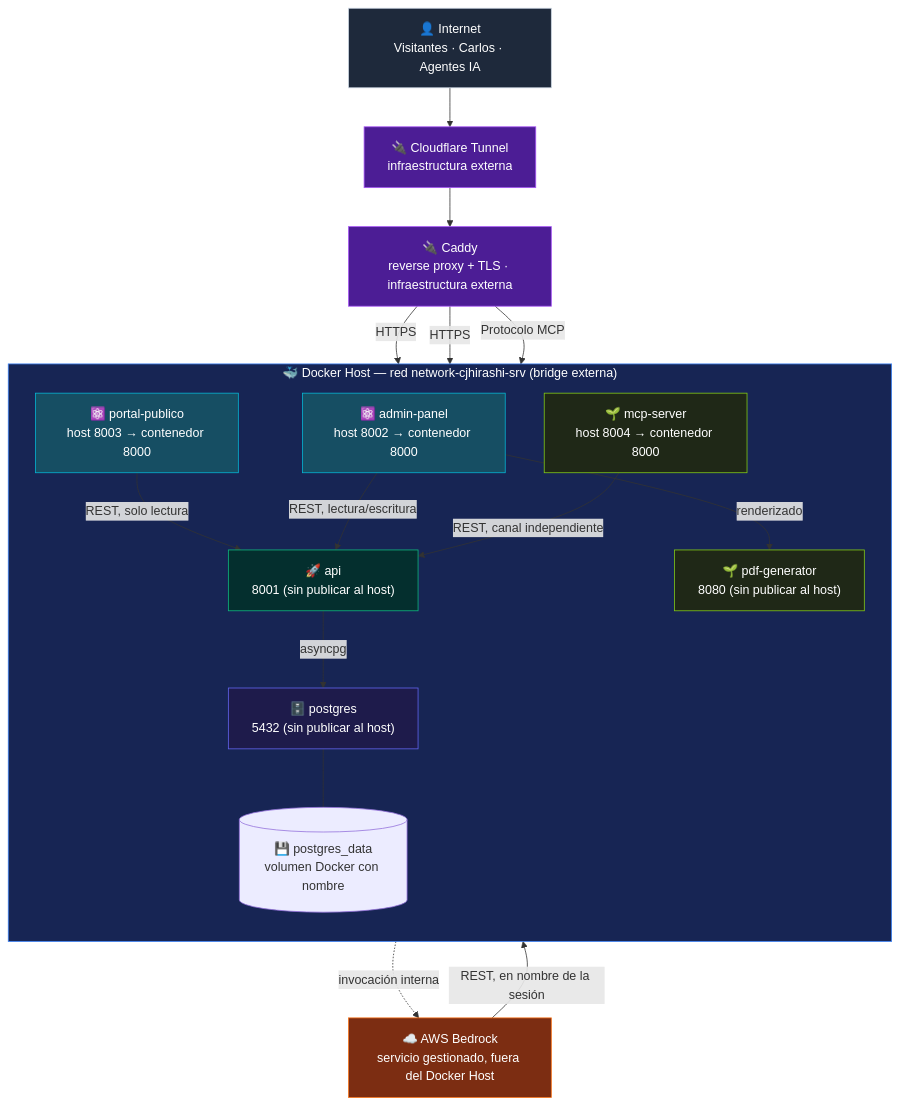
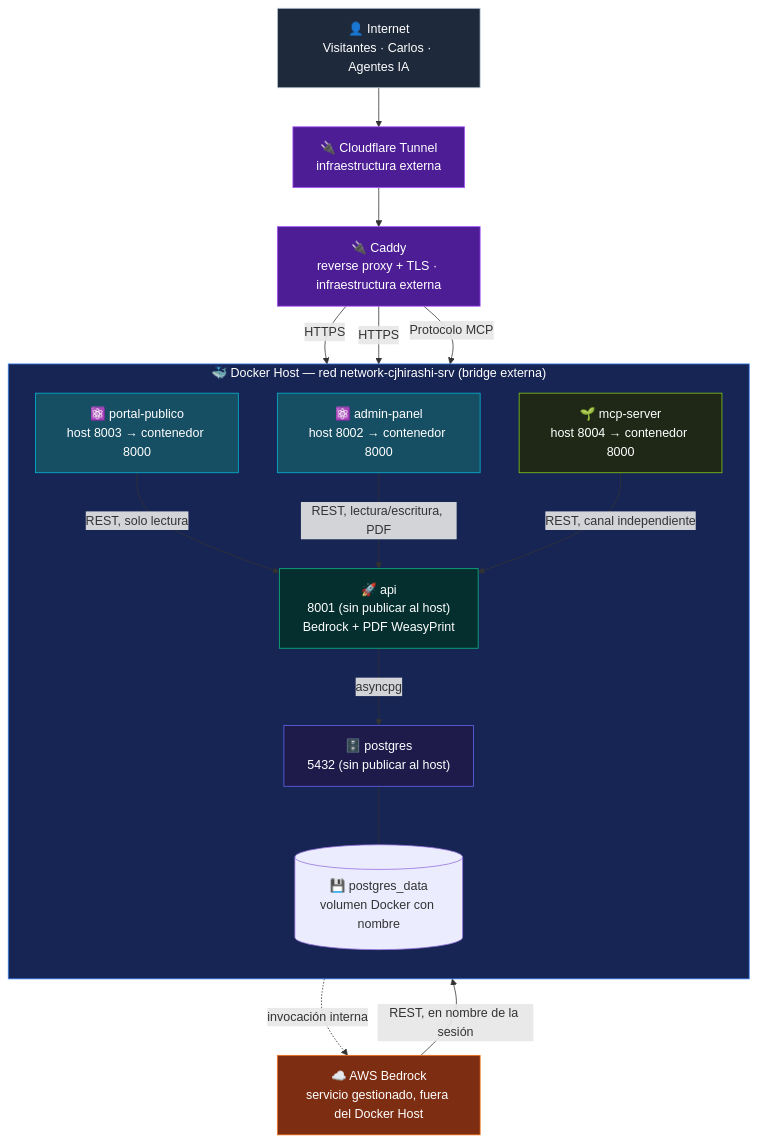
One commit to cjhirashi/cjhirashi-career changed the diagram in docs/07-DEPLOYMENT-VIEW.md. Above: the diagram before and after it, drawn with Mermaid. The commit also changed other lines of this file and 208 other files, not shown here.

````diff
--- a/docs/07-DEPLOYMENT-VIEW.md
+++ b/docs/07-DEPLOYMENT-VIEW.md
@@ -37,51 +37,49 @@
 ```mermaid
 graph TB
     classDef client fill:#1e293b,stroke:#cbd5e1,color:#fff
     classDef thirdparty fill:#4c1d95,stroke:#a855f7,color:#fff
     classDef docker fill:#172554,stroke:#3b82f6,color:#fff
     classDef react fill:#164e63,stroke:#06b6d4,color:#fff
     classDef nodejs fill:#042f2e,stroke:#10b981,color:#fff
     classDef utility fill:#1f2817,stroke:#84cc16,color:#fff
     classDef s3 fill:#7c2d12,stroke:#f97316,color:#fff
     classDef postgres fill:#1e1b4b,stroke:#6366f1,color:#fff
 
     Internet["👤 Internet<br/>Visitantes · Carlos · Agentes IA"]
     CF["🔌 Cloudflare Tunnel<br/>infraestructura externa"]
     Caddy["🔌 Caddy<br/>reverse proxy + TLS · infraestructura externa"]
 
     subgraph Host["🐳 Docker Host — red network-cjhirashi-srv (bridge externa)"]
         direction TB
         Portal["⚛️ portal-publico<br/>host 8003 → contenedor 8000"]
         Admin["⚛️ admin-panel<br/>host 8002 → contenedor 8000"]
         MCP["🌱 mcp-server<br/>host 8004 → contenedor 8000"]
-        API["🚀 api<br/>8001 (sin publicar al host)"]
-        PDF["🌱 pdf-generator<br/>8080 (sin publicar al host)"]
+        API["🚀 api<br/>8001 (sin publicar al host)<br/>Bedrock + PDF WeasyPrint"]
         PG["🗄️ postgres<br/>5432 (sin publicar al host)"]
         VOL[("💾 postgres_data<br/>volumen Docker con nombre")]
     end
 
     Bedrock["☁️ AWS Bedrock<br/>servicio gestionado, fuera del Docker Host"]
 
     Internet --> CF --> Caddy
     Caddy -->|HTTPS| Portal
     Caddy -->|HTTPS| Admin
     Caddy -->|Protocolo MCP| MCP
 
     Portal -->|REST, solo lectura| API
-    Admin -->|REST, lectura/escritura| API
+    Admin -->|REST, lectura/escritura, PDF| API
     Admin -.->|invocación interna| Bedrock
     Bedrock -->|REST, en nombre de la sesión| API
-    Admin -->|renderizado| PDF
     MCP -->|REST, canal independiente| API
     API -->|asyncpg| PG
     PG --- VOL
 
     class Internet client
     class CF,Caddy thirdparty
     class Host docker
     class Portal,Admin react
     class MCP,PDF utility
     class API nodejs
     class Bedrock s3
     class PG postgres
 ```
````
